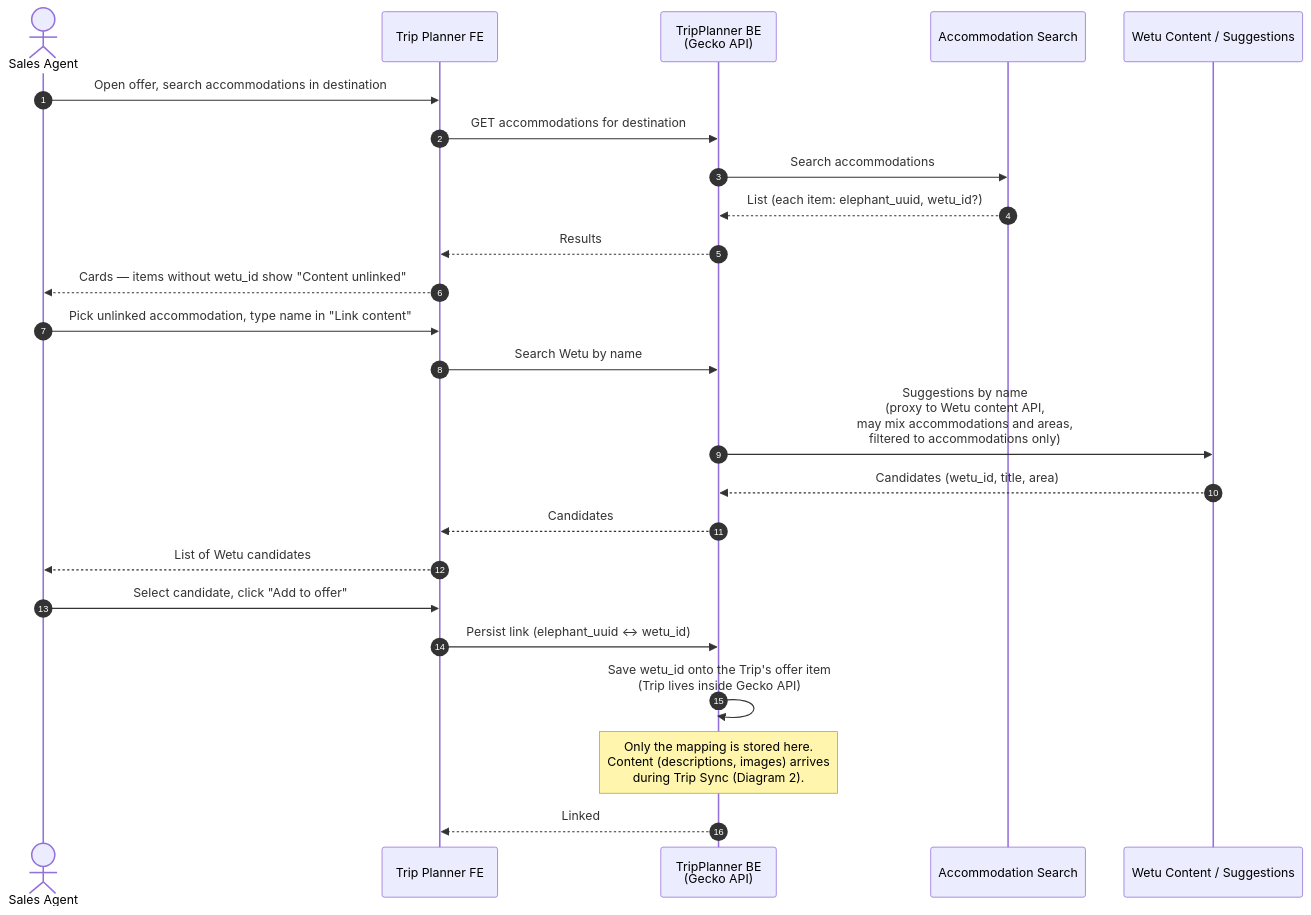
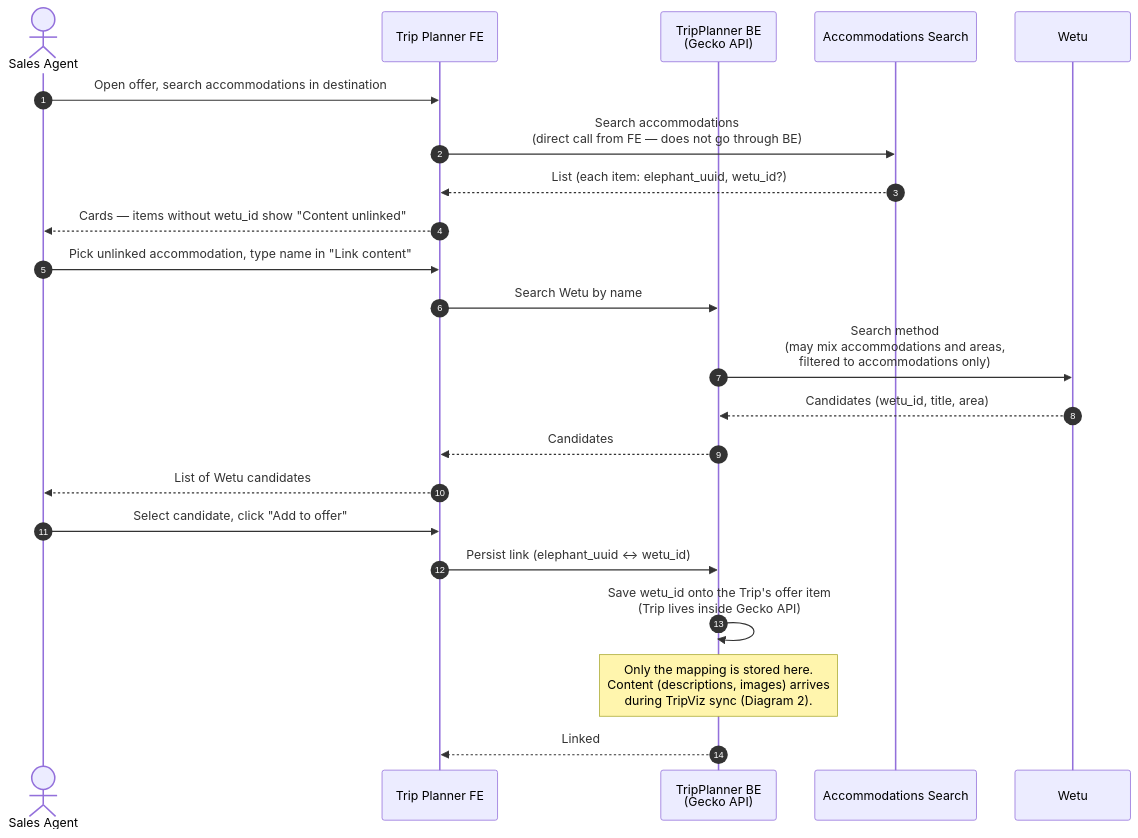
Before and after one commit to kliuchnikau-tourlane/ClaudeCowork: the first of 5 diagrams in OUTPUTS/2026-04-24_TripPlannerWetu-sequence-diagrams/TripPlannerWetu_Documentation.md, drawn with Mermaid. The commit also changed other lines of this file, not shown here.

````diff
--- a/OUTPUTS/2026-04-24_TripPlannerWetu-sequence-diagrams/TripPlannerWetu_Documentation.md
+++ b/OUTPUTS/2026-04-24_TripPlannerWetu-sequence-diagrams/TripPlannerWetu_Documentation.md
@@ -24,29 +24,27 @@
 ```mermaid
 sequenceDiagram
     autonumber
     actor Agent as Sales Agent
     participant TP as Trip Planner FE
     participant BE as TripPlanner BE<br/>(Gecko API)
-    participant AS as Accommodation Search
-    participant Wetu as Wetu Content / Suggestions
+    participant AS as Accommodations Search
+    participant Wetu as Wetu
 
     Agent->>TP: Open offer, search accommodations in destination
-    TP->>BE: GET accommodations for destination
-    BE->>AS: Search accommodations
-    AS-->>BE: List (each item: elephant_uuid, wetu_id?)
-    BE-->>TP: Results
+    TP->>AS: Search accommodations<br/>(direct call from FE — does not go through BE)
+    AS-->>TP: List (each item: elephant_uuid, wetu_id?)
     TP-->>Agent: Cards — items without wetu_id show "Content unlinked"
 
     Agent->>TP: Pick unlinked accommodation, type name in "Link content"
     TP->>BE: Search Wetu by name
-    BE->>Wetu: Suggestions by name<br/>(proxy to Wetu content API,<br/>may mix accommodations and areas,<br/>filtered to accommodations only)
+    BE->>Wetu: Search method<br/>(may mix accommodations and areas,<br/>filtered to accommodations only)
     Wetu-->>BE: Candidates (wetu_id, title, area)
     BE-->>TP: Candidates
     TP-->>Agent: List of Wetu candidates
 
     Agent->>TP: Select candidate, click "Add to offer"
     TP->>BE: Persist link (elephant_uuid ↔ wetu_id)
     BE->>BE: Save wetu_id onto the Trip's offer item<br/>(Trip lives inside Gecko API)
-    Note over BE: Only the mapping is stored here.<br/>Content (descriptions, images) arrives<br/>during Trip Sync (Diagram 2).
+    Note over BE: Only the mapping is stored here.<br/>Content (descriptions, images) arrives<br/>during TripViz sync (Diagram 2).
     BE-->>TP: Linked
 ```
````
